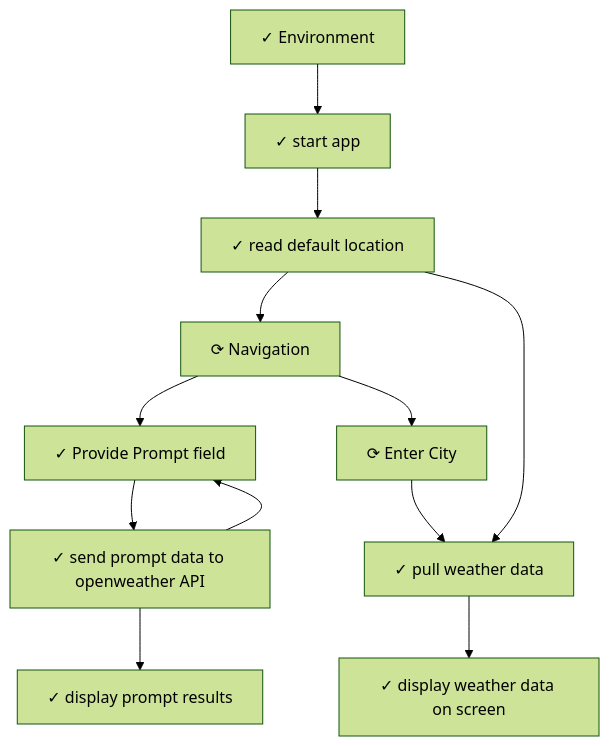
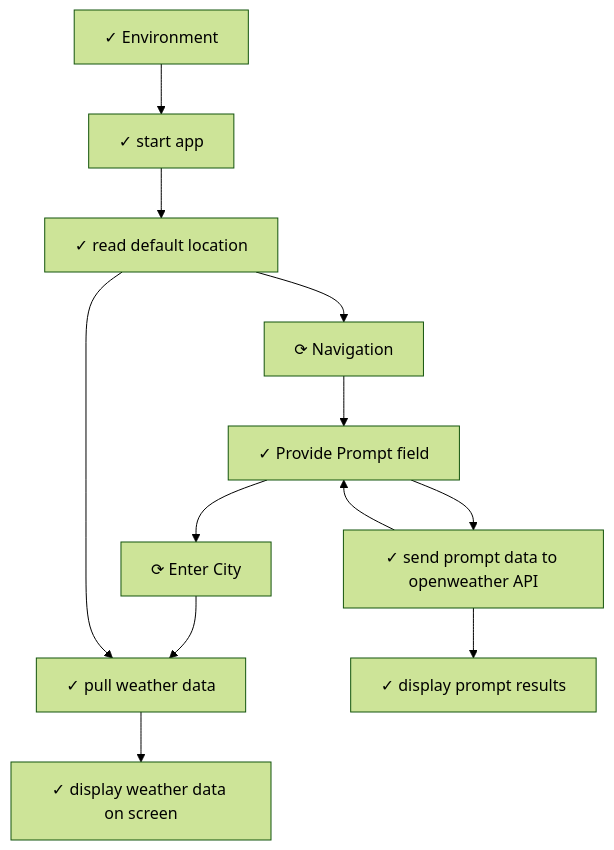
The diagram in workspaces/HelloWorld/conception/STORYBOARD-INDEX.md (jareynolds/IntentR), drawn with Mermaid (forest theme) before and after one commit. The commit also changed other lines of this file and 396 other files, not shown here.

````diff
--- a/workspaces/HelloWorld/conception/STORYBOARD-INDEX.md
+++ b/workspaces/HelloWorld/conception/STORYBOARD-INDEX.md
@@ -90,8 +90,89 @@
     card1765937281984["✓ read default location"]
     card1765942941837["✓ send prompt data to openweather API"]
     card1765937081415["✓ start app"]
+    card1766171921085["⟳ Enter City"]
+    card1765943031022["✓ display prompt results"]
+    card1765937186735["✓ display weather data on screen"]
+    card1766171921085["⟳ Enter City"]
+    card1765937824816["✓ Environment"]
+    card1765940802459["✓ Provide Prompt field"]
+    card1765937126217["✓ pull weather data"]
+    card1765937281984["✓ read default location"]
+    card1765942941837["✓ send prompt data to openweather API"]
+    card1765937081415["✓ start app"]
+    card1765943031022["✓ display prompt results"]
+    card1765937186735["✓ display weather data on screen"]
+    card1766171921085["⟳ Enter City"]
+    card1765937824816["✓ Environment"]
+    card1765940802459["✓ Provide Prompt field"]
+    card1765937126217["✓ pull weather data"]
+    card1765937281984["✓ read default location"]
+    card1765942941837["✓ send prompt data to openweather API"]
+    card1765937081415["✓ start app"]
+    card1765943031022["✓ display prompt results"]
+    card1765937186735["✓ display weather data on screen"]
+    card1766171921085["⟳ Enter City"]
+    card1765937824816["✓ Environment"]
+    card1765940802459["✓ Provide Prompt field"]
+    card1765937126217["✓ pull weather data"]
+    card1765937281984["✓ read default location"]
+    card1765942941837["✓ send prompt data to openweather API"]
+    card1765937081415["✓ start app"]
+    card1765943031022["✓ display prompt results"]
+    card1765937186735["✓ display weather data on screen"]
+    card1766171921085["⟳ Enter City"]
+    card1765937824816["✓ Environment"]
+    card1765940802459["✓ Provide Prompt field"]
+    card1765937126217["✓ pull weather data"]
+    card1765937281984["✓ read default location"]
+    card1765942941837["✓ send prompt data to openweather API"]
+    card1765937081415["✓ start app"]
+    card1765943031022["✓ display prompt results"]
+    card1765937186735["✓ display weather data on screen"]
+    card1766171921085["⟳ Enter City"]
+    card1765937824816["✓ Environment"]
+    card1765940802459["✓ Provide Prompt field"]
+    card1765937126217["✓ pull weather data"]
+    card1765937281984["✓ read default location"]
+    card1765942941837["✓ send prompt data to openweather API"]
+    card1765937081415["✓ start app"]
+    card1765943031022["✓ display prompt results"]
+    card1765937186735["✓ display weather data on screen"]
+    card1766171921085["⟳ Enter City"]
+    card1765937824816["✓ Environment"]
+    card1765940802459["✓ Provide Prompt field"]
+    card1765937126217["✓ pull weather data"]
+    card1765937281984["✓ read default location"]
+    card1765942941837["✓ send prompt data to openweather API"]
+    card1765937081415["✓ start app"]
+    card1765943031022["✓ display prompt results"]
+    card1765937186735["✓ display weather data on screen"]
+    card1766171921085["⟳ Enter City"]
+    card1765937824816["✓ Environment"]
+    card1765940802459["✓ Provide Prompt field"]
+    card1765937126217["✓ pull weather data"]
+    card1765937281984["✓ read default location"]
+    card1765942941837["✓ send prompt data to openweather API"]
+    card1765937081415["✓ start app"]
+    card1765943031022["✓ display prompt results"]
+    card1765937186735["✓ display weather data on screen"]
+    card1766171921085["⟳ Enter City"]
+    card1765937824816["✓ Environment"]
+    card1765940802459["✓ Provide Prompt field"]
+    card1765937126217["✓ pull weather data"]
+    card1765937281984["✓ read default location"]
+    card1765942941837["✓ send prompt data to openweather API"]
+    card1765937081415["✓ start app"]
+    card1765943031022["✓ display prompt results"]
+    card1765937186735["✓ display weather data on screen"]
+    card1766171921085["⟳ Enter City"]
+    card1765937824816["✓ Environment"]
     card1766171779671["⟳ Navigation"]
-    card1766171921085["⟳ Enter City"]
+    card1765940802459["✓ Provide Prompt field"]
+    card1765937126217["✓ pull weather data"]
+    card1765937281984["✓ read default location"]
+    card1765942941837["✓ send prompt data to openweather API"]
+    card1765937081415["✓ start app"]
     card1765943031022["✓ display prompt results"]
     card1765937186735["✓ display weather data on screen"]
     card1766171921085["⟳ Enter City"]
@@ -108,9 +189,9 @@
     card1765942941837 --> card1765940802459
     card1765940802459 --> card1765942941837
     card1765942941837 --> card1765943031022
-    card1766171779671 --> card1765940802459
-    card1765937281984 --> card1766171779671
-    card1766171779671 --> card1766171921085
     card1766171921085 --> card1765937126217
     card1765937281984 --> card1765937126217
+    card1765937281984 --> card1766171779671
+    card1766171779671 --> card1765940802459
+    card1765940802459 --> card1766171921085
 ```
````
